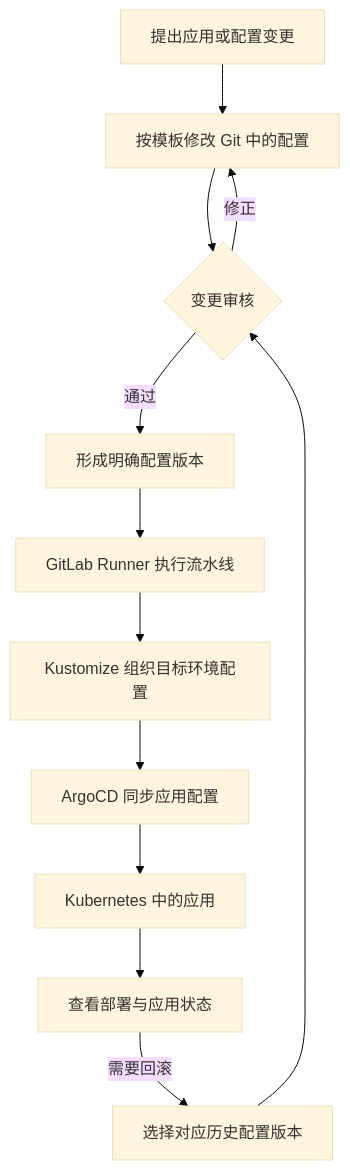
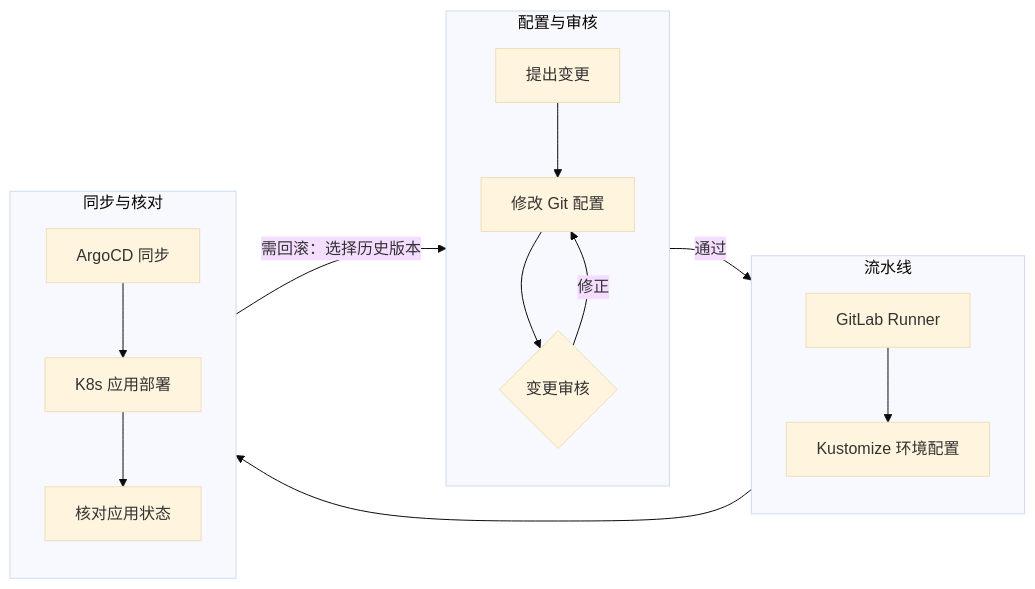
One commit to cytlabs/personal-site changed the first of 2 diagrams in content/cases/enterprise-gitops-platform.md. Above: the diagram before and after it, drawn with Mermaid (base theme). The commit also changed other lines of this file and 17 other files, not shown here.

Commit message:
统一图表排版与主题并支持大图查看

````diff
--- a/content/cases/enterprise-gitops-platform.md
+++ b/content/cases/enterprise-gitops-platform.md
@@ -17,14 +17,18 @@
 ```mermaid
-flowchart TD
-    A["提出应用或配置变更"] --> B["按模板修改 Git 中的配置"]
-    B --> C{"变更审核"}
-    C -->|修正| B
-    C -->|通过| D["形成明确配置版本"]
-    D --> E["GitLab Runner 执行流水线"]
-    E --> F["Kustomize 组织目标环境配置"]
-    F --> G["ArgoCD 同步应用配置"]
-    G --> H["Kubernetes 中的应用"]
-    H --> I["查看部署与应用状态"]
-    I -->|需要回滚| J["选择对应历史配置版本"]
-    J --> C
+flowchart LR
+    subgraph CONFIG["配置与审核"]
+        direction TB
+        A["提出变更"] --> B["修改 Git 配置"] --> C{"变更审核"}
+        C -->|修正| B
+    end
+    subgraph PIPE["流水线"]
+        direction TB
+        D["GitLab Runner"] --> E["Kustomize 环境配置"]
+    end
+    subgraph DEPLOY["同步与核对"]
+        direction TB
+        F["ArgoCD 同步"] --> G["K8s 应用部署"] --> H["核对应用状态"]
+    end
+    CONFIG -->|通过| PIPE --> DEPLOY
+    DEPLOY -->|需回滚：选择历史版本| CONFIG
 ```
````
